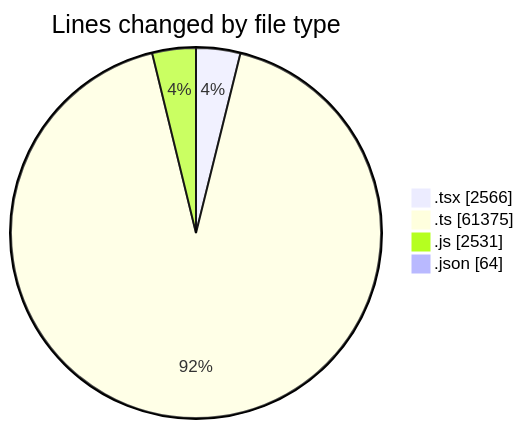
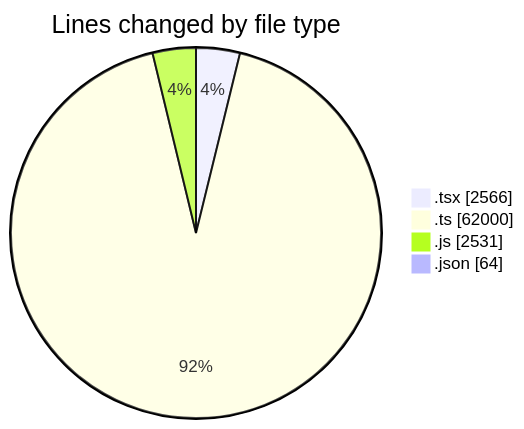
One commit to momahboobian/code-tracking changed the first of 2 diagrams in 2026-07-30/cda/README.md. Above: the diagram before and after it, drawn with Mermaid. The commit also changed other lines of this file and 1 other file, not shown here.

````diff
--- a/2026-07-30/cda/README.md
+++ b/2026-07-30/cda/README.md
@@ -53,8 +53,8 @@
 ```mermaid
 pie showData
 title Lines changed by file type
 ".tsx" : 2566
-".ts" : 61375
+".ts" : 62000
 ".js" : 2531
 ".json" : 64
 ```
````
